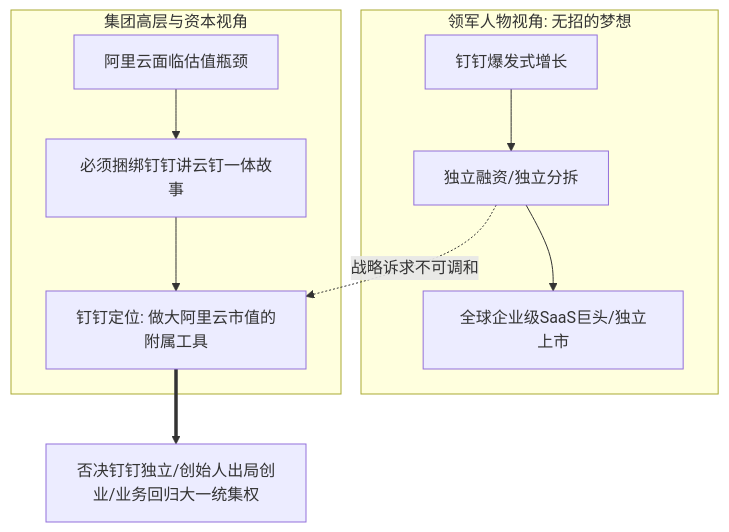
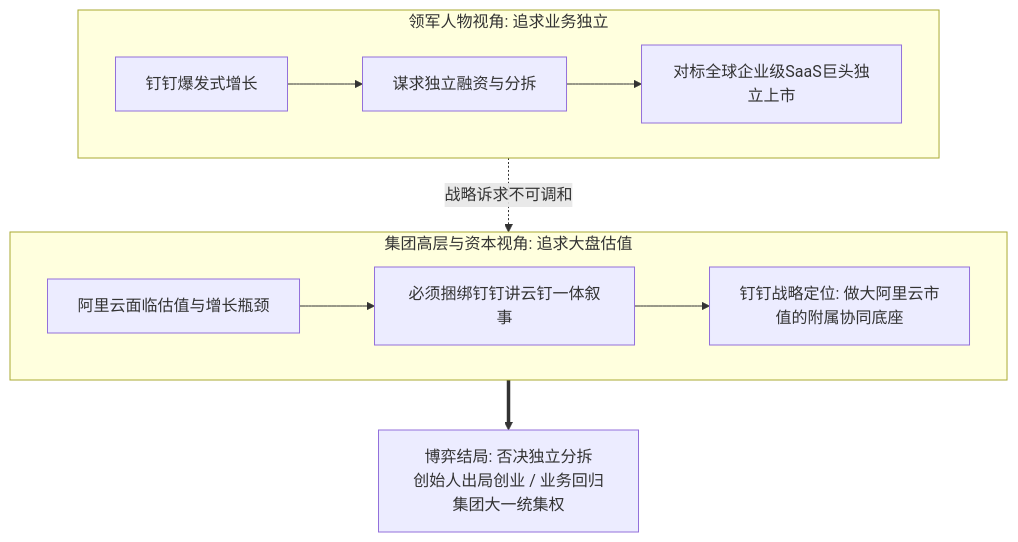
One commit to dollarser/knowledge changed the second of 2 diagrams in content/live-20260923-laozeng-01.md. Above: the diagram before and after it, drawn with Mermaid. The commit also changed 10 other files, not shown here.

Commit message:
style: verticalize all mermaid diagrams and add mindmap architecture

````diff
--- a/content/live-20260923-laozeng-01.md
+++ b/content/live-20260923-laozeng-01.md
@@ -71,14 +71,15 @@
 ```mermaid
 flowchart TD
-    subgraph 领军人物视角: 无招的梦想
-        D1[钉钉爆发式增长] --> D2[独立融资/独立分拆] --> D3[全球企业级SaaS巨头/独立上市]
+    subgraph SG1["领军人物视角: 追求业务独立"]
+        D1["钉钉爆发式增长"] --> D2["谋求独立融资与分拆"]
+        D2 --> D3["对标全球企业级SaaS巨头独立上市"]
     end
     
-    subgraph 集团高层与资本视角
-        G1[阿里云面临估值瓶颈] --> G2[必须捆绑钉钉讲云钉一体故事]
-        G2 --> G3[钉钉定位: 做大阿里云市值的附属工具]
+    subgraph SG2["集团高层与资本视角: 追求大盘估值"]
+        G1["阿里云面临估值与增长瓶颈"] --> G2["必须捆绑钉钉讲云钉一体叙事"]
+        G2 --> G3["钉钉战略定位: 做大阿里云市值的附属协同底座"]
     end
     
-    D2 -.->|战略诉求不可调和| G3
-    G3 ==> Result[否决钉钉独立/创始人出局创业/业务回归大一统集权]
+    SG1 -.->|战略诉求不可调和| SG2
+    SG2 ==> Result["博弈结局: 否决独立分拆<br/>创始人出局创业 / 业务回归集团大一统集权"]
 ```
````
